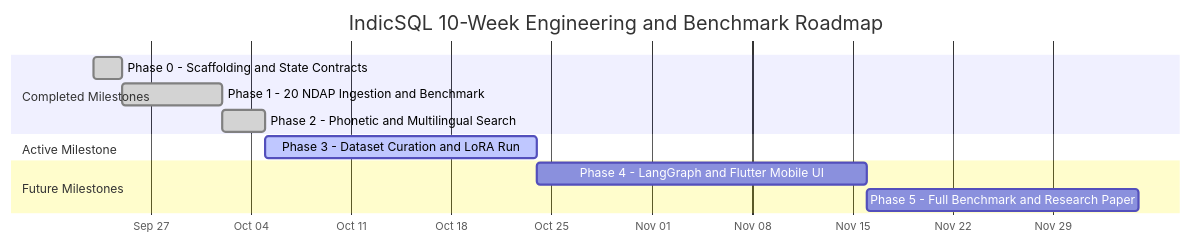
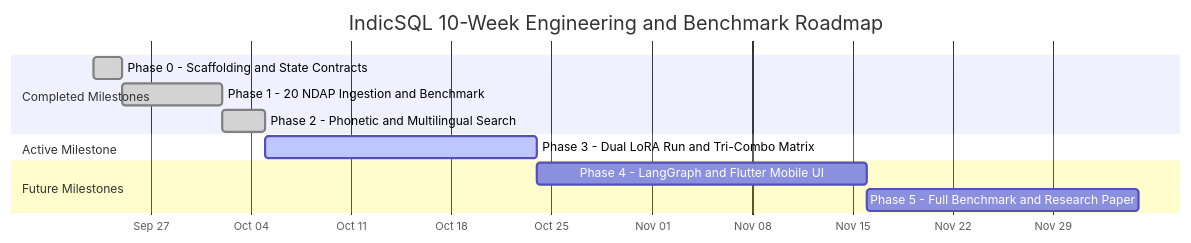
One commit to ojhaprathmesh/IndicSQL_Repo changed diagram 12 of 12 in PLAN.md. Above: the diagram before and after it, drawn with Mermaid. The commit also changed other lines of this file, not shown here.

````diff
--- a/PLAN.md
+++ b/PLAN.md
@@ -788,19 +836,19 @@
 ```mermaid
 gantt
     title IndicSQL 10-Week Engineering and Benchmark Roadmap
     dateFormat  YYYY-MM-DD
     axisFormat  %b %d
     todayMarker stroke-width:3px,stroke:#ff5252,opacity:0.8
     
     section Completed Milestones
     Phase 0 - Scaffolding and State Contracts   :done, p0, 2026-09-23, 2026-09-25
     Phase 1 - 20 NDAP Ingestion and Benchmark   :done, p1, 2026-09-25, 2026-10-02
     Phase 2 - Phonetic and Multilingual Search  :done, p2, 2026-10-02, 2026-10-05
     
     section Active Milestone
-    Phase 3 - Dataset Curation and LoRA Run     :active, p3, 2026-10-05, 2026-10-24
+    Phase 3 - Dual LoRA Run and Tri-Combo Matrix:active, p3, 2026-10-05, 2026-10-24
     
     section Future Milestones
     Phase 4 - LangGraph and Flutter Mobile UI   :p4, 2026-10-24, 2026-11-16
     Phase 5 - Full Benchmark and Research Paper :p5, 2026-11-16, 2026-12-05
 ```
````
